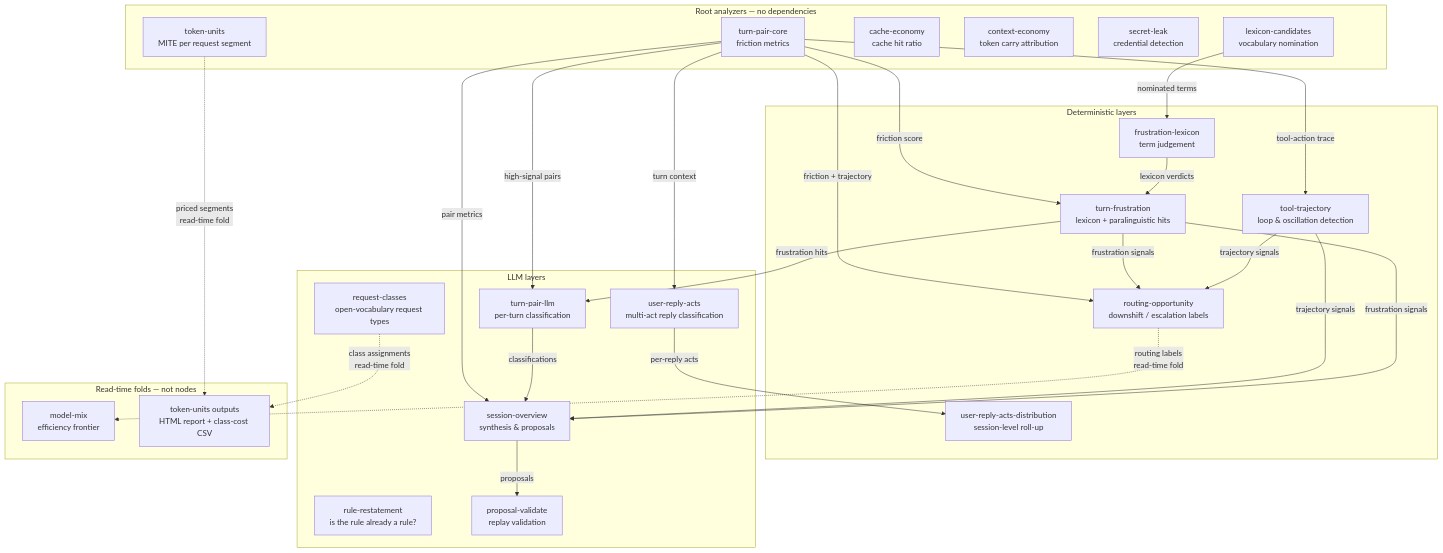
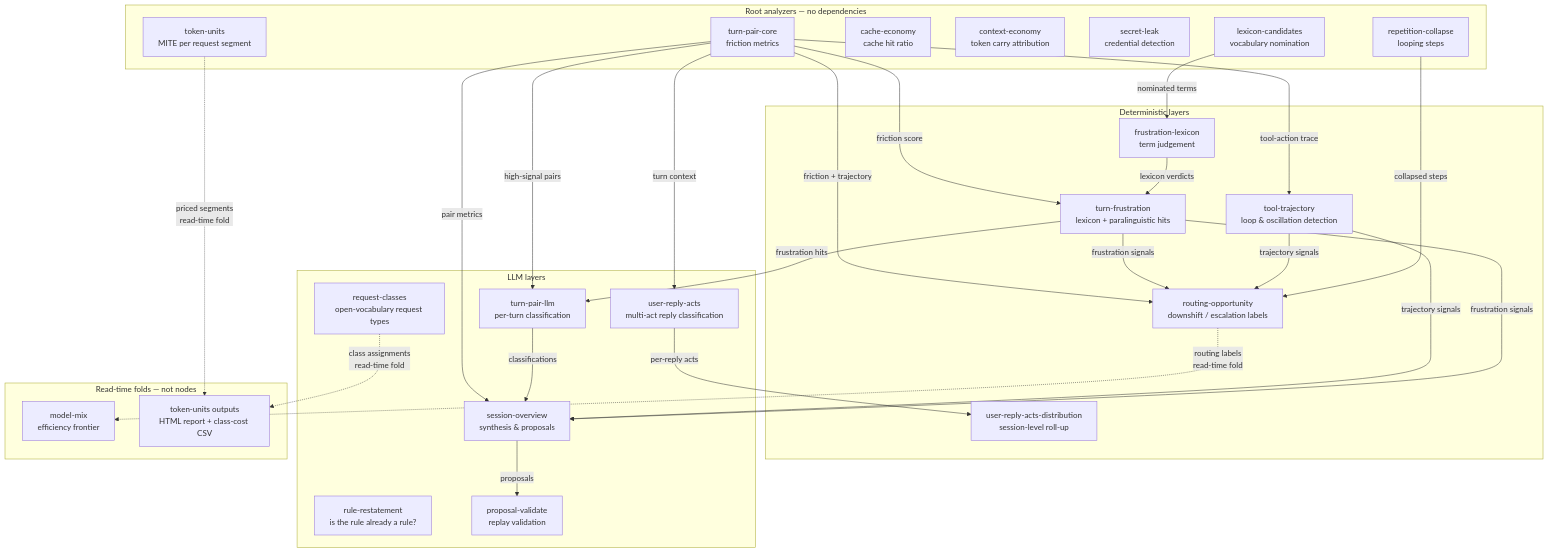
One commit to elecnix/pi-prospector changed the diagram in README.md. Above: the diagram before and after it, drawn with Mermaid. The commit also changed other lines of this file and 10 other files, not shown here.

First line of the commit message:
analyze: add repetition-collapse analyzer (#284)

````diff
--- a/README.md
+++ b/README.md
@@ -73,53 +73,55 @@
 ```mermaid
 flowchart TD
   subgraph roots [Root analyzers — no dependencies]
     TPC[turn-pair-core<br/>friction metrics]
     LEX[lexicon-candidates<br/>vocabulary nomination]
     CE[cache-economy<br/>cache hit ratio]
     CTX[context-economy<br/>token carry attribution]
     SL[secret-leak<br/>credential detection]
     TU[token-units<br/>MITE per request segment]
+    RCL[repetition-collapse<br/>looping steps]
   end
 
   subgraph deterministic [Deterministic layers]
     FL[frustration-lexicon<br/>term judgement]
     TF[turn-frustration<br/>lexicon + paralinguistic hits]
     TT[tool-trajectory<br/>loop &amp; oscillation detection]
     RO[routing-opportunity<br/>downshift / escalation labels]
     URD[user-reply-acts-distribution<br/>session-level roll-up]
   end
 
   subgraph llm [LLM layers]
     RC[request-classes<br/>open-vocabulary request types]
     TPL[turn-pair-llm<br/>per-turn classification]
     SO[session-overview<br/>synthesis &amp; proposals]
     RR[rule-restatement<br/>is the rule already a rule?]
     PV[proposal-validate<br/>replay validation]
     URA[user-reply-acts<br/>multi-act reply classification]
   end
 
   subgraph readonly [Read-time folds — not nodes]
     MM[model-mix<br/>efficiency frontier]
     OUT[token-units outputs<br/>HTML report + class-cost CSV]
   end
 
   LEX -->|nominated terms| FL
   TPC -->|friction score| TF
   FL -->|lexicon verdicts| TF
   TPC -->|high-signal pairs| TPL
   TF -->|frustration hits| TPL
   TPC -->|tool-action trace| TT
   TPC -->|friction + trajectory| RO
   TF -->|frustration signals| RO
   TT -->|trajectory signals| RO
+  RCL -->|collapsed steps| RO
   TPC -->|pair metrics| SO
   TPL -->|classifications| SO
   TT -->|trajectory signals| SO
   TF -->|frustration signals| SO
   SO -->|proposals| PV
   TPC -->|turn context| URA
   URA -->|per-reply acts| URD
   RO -.->|routing labels<br/>read-time fold| MM
   TU -.->|priced segments<br/>read-time fold| OUT
   RC -.->|class assignments<br/>read-time fold| OUT
 ```
````
